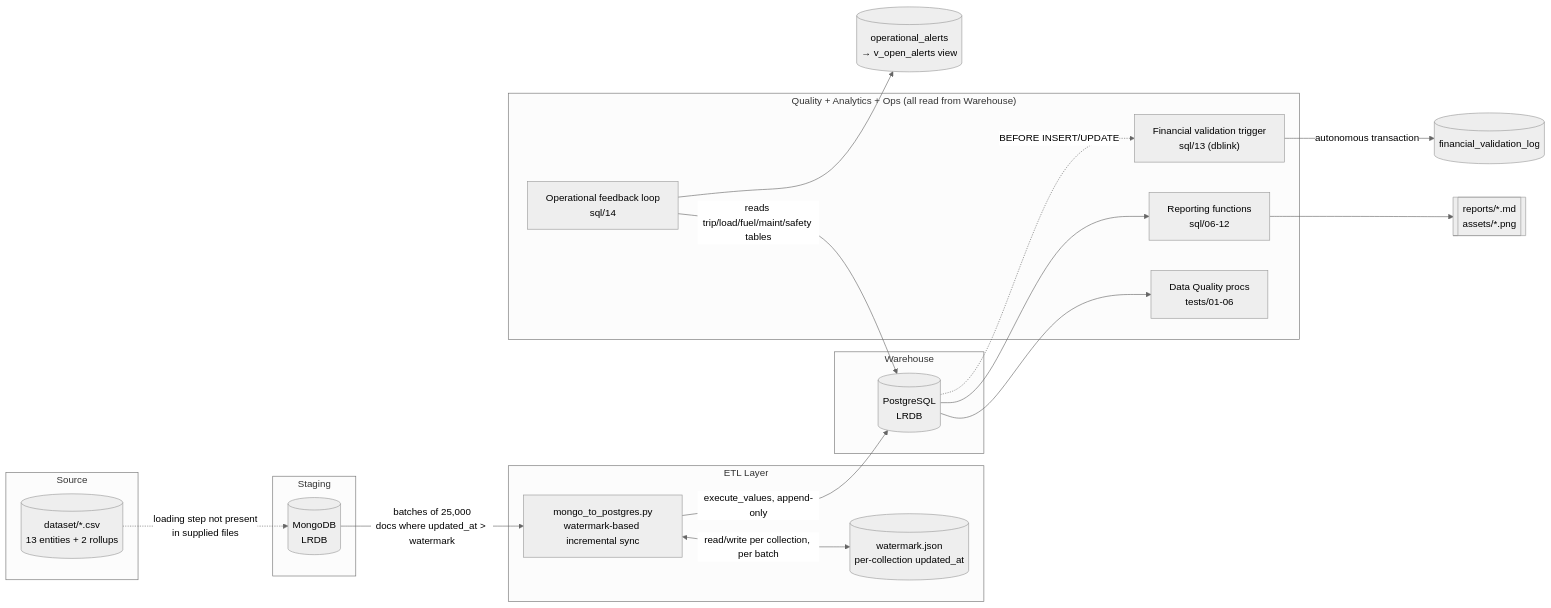
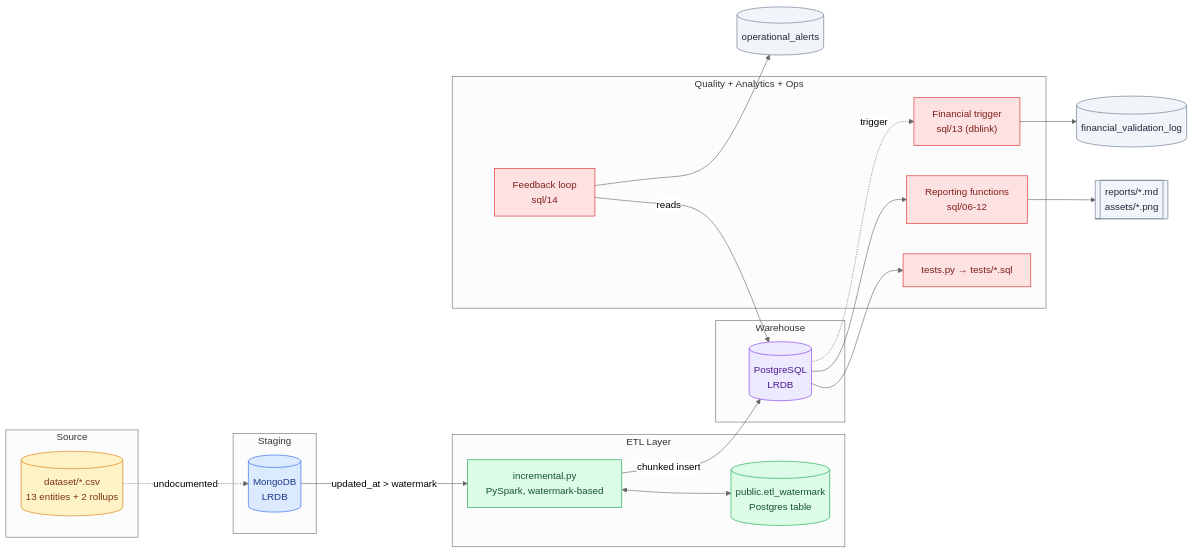
Before and after one commit to Nitinx12/Logistic-Relational-Database: the diagram in docs/architecture.md, drawn with Mermaid (neutral theme). The commit also changed other lines of this file and 4 other files, not shown here.

````diff
--- a/docs/architecture.md
+++ b/docs/architecture.md
@@ -30,41 +30,53 @@
 ```mermaid
 flowchart LR
     subgraph Source
         CSV[("dataset/*.csv<br/>13 entities + 2 rollups")]
     end
 
     subgraph Staging
         MONGO[("MongoDB<br/>LRDB")]
     end
 
-    subgraph ETL Layer
-        ETL["mongo_to_postgres.py<br/>watermark-based incremental sync"]
-        WM[("watermark.json<br/>per-collection updated_at")]
+    subgraph "ETL Layer"
+        ETL["incremental.py<br/>PySpark, watermark-based"]
+        WM[("public.etl_watermark<br/>Postgres table")]
     end
 
     subgraph Warehouse
         PG[("PostgreSQL<br/>LRDB")]
     end
 
-    subgraph "Quality + Analytics + Ops (all read from Warehouse)"
-        DQ["Data Quality procs<br/>tests/01-06"]
+    subgraph "Quality + Analytics + Ops"
+        DQ["tests.py → tests/*.sql"]
         ANALYTICS["Reporting functions<br/>sql/06-12"]
-        TRIGGER["Financial validation trigger<br/>sql/13 (dblink)"]
-        FEEDBACK["Operational feedback loop<br/>sql/14"]
+        TRIGGER["Financial trigger<br/>sql/13 (dblink)"]
+        FEEDBACK["Feedback loop<br/>sql/14"]
     end
 
     REPORTS[["reports/*.md<br/>assets/*.png"]]
     FVL[("financial_validation_log")]
-    ALERTS[("operational_alerts<br/>→ v_open_alerts view")]
+    ALERTS[("operational_alerts")]
 
-    CSV -. "loading step not present<br/>in supplied files" .-> MONGO
-    MONGO -- "batches of 25,000<br/>docs where updated_at > watermark" --> ETL
-    ETL <-->|read/write per collection, per batch| WM
-    ETL -- "execute_values, append-only" --> PG
-
+    CSV -. "undocumented" .-> MONGO
+    MONGO -- "updated_at > watermark" --> ETL
+    ETL <--> WM
+    ETL -- "chunked insert" --> PG
     PG --> DQ
     PG --> ANALYTICS --> REPORTS
-    PG -. "BEFORE INSERT/UPDATE" .-> TRIGGER -- "autonomous transaction" --> FVL
-    FEEDBACK -- "reads trip/load/fuel/maint/safety tables" --> PG
+    PG -. trigger .-> TRIGGER --> FVL
+    FEEDBACK -- reads --> PG
     FEEDBACK --> ALERTS
+
+    classDef source fill:#fef3c7,stroke:#d97706,color:#78350f
+    classDef staging fill:#dbeafe,stroke:#2563eb,color:#1e3a8a
+    classDef etl fill:#dcfce7,stroke:#16a34a,color:#14532d
+    classDef warehouse fill:#ede9fe,stroke:#7c3aed,color:#4c1d95
+    classDef ops fill:#fee2e2,stroke:#dc2626,color:#7f1d1d
+    classDef output fill:#f1f5f9,stroke:#64748b,color:#1e293b
+    class CSV source
+    class MONGO staging
+    class ETL,WM etl
+    class PG warehouse
+    class DQ,ANALYTICS,TRIGGER,FEEDBACK ops
+    class REPORTS,FVL,ALERTS output
 ```
````
